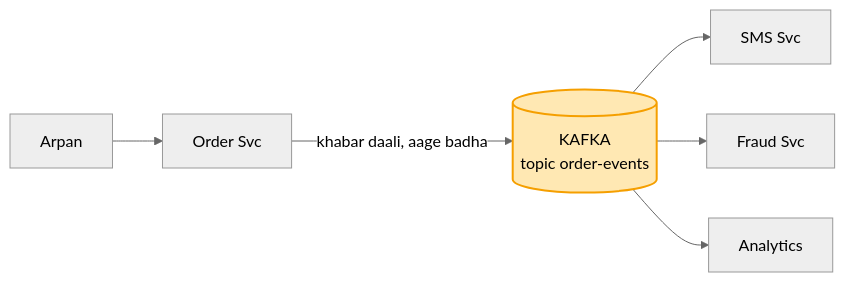
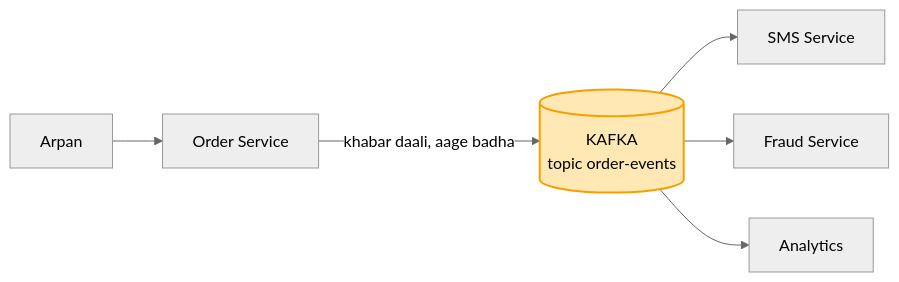
One commit to ArpanMaheshwari144/Prep changed the second of 8 diagrams in 04_HLD/SYSTEM_DESIGNS/12_message_queue_kafka/12_message_queue_kafka.md. Above: the diagram before and after it, drawn with Mermaid (neutral theme). The commit also changed other lines of this file and 8 other files, not shown here.

````diff
--- a/04_HLD/SYSTEM_DESIGNS/12_message_queue_kafka/12_message_queue_kafka.md
+++ b/04_HLD/SYSTEM_DESIGNS/12_message_queue_kafka/12_message_queue_kafka.md
@@ -85,9 +85,9 @@
 ```mermaid
 flowchart LR
-    U["Arpan"] --> O["Order Svc"]
+    U["Arpan"] --> O["Order Service"]
     O -- "khabar daali, aage badha" --> T[("KAFKA<br/>topic order-events")]
-    T --> S["SMS Svc"]
-    T --> F["Fraud Svc"]
+    T --> S["SMS Service"]
+    T --> F["Fraud Service"]
     T --> A["Analytics"]
     style T fill:#ffe8b3,stroke:#f59f00,stroke-width:2px,color:#000
 ```
````
